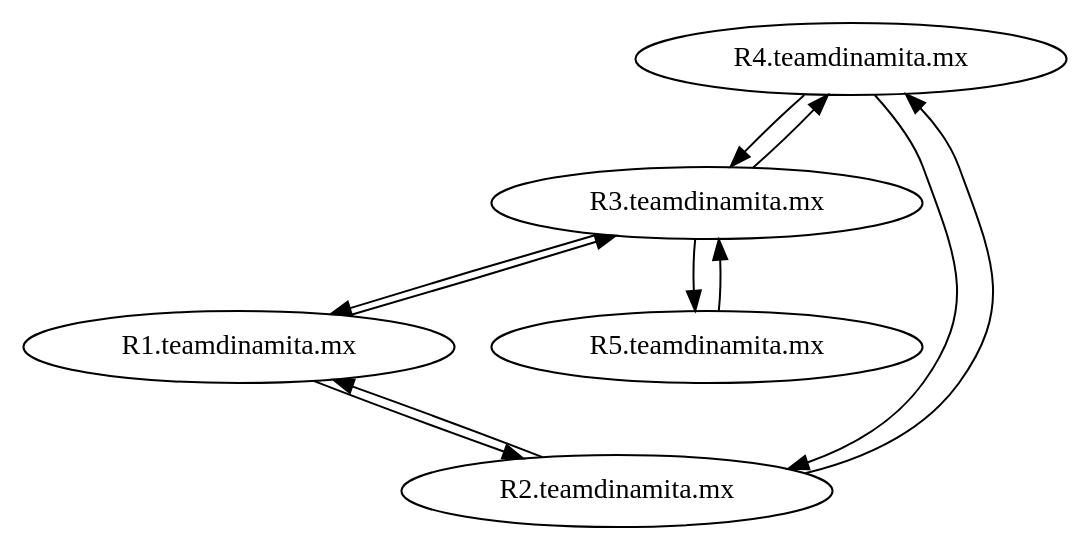
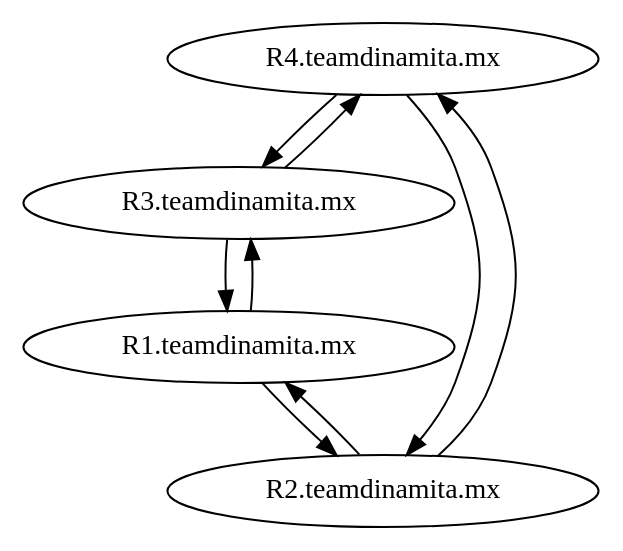
Before and after one commit to yasmon25/PROYECTO-REDES: the diagram in static/Digraph.gv, drawn with Graphviz. The commit also changed 9 other files, not shown here.

```diff
--- a/static/Digraph.gv
+++ b/static/Digraph.gv
@@ -1,18 +1,15 @@
 // Network
 digraph {
 	"R4.teamdinamita.mx"
 	"R4.teamdinamita.mx" -> "R3.teamdinamita.mx"
 	"R4.teamdinamita.mx" -> "R2.teamdinamita.mx"
 	"R3.teamdinamita.mx"
 	"R3.teamdinamita.mx" -> "R1.teamdinamita.mx"
-	"R3.teamdinamita.mx" -> "R5.teamdinamita.mx"
 	"R3.teamdinamita.mx" -> "R4.teamdinamita.mx"
 	"R2.teamdinamita.mx"
 	"R2.teamdinamita.mx" -> "R1.teamdinamita.mx"
 	"R2.teamdinamita.mx" -> "R4.teamdinamita.mx"
 	"R1.teamdinamita.mx"
 	"R1.teamdinamita.mx" -> "R3.teamdinamita.mx"
 	"R1.teamdinamita.mx" -> "R2.teamdinamita.mx"
-	"R5.teamdinamita.mx"
-	"R5.teamdinamita.mx" -> "R3.teamdinamita.mx"
 }
```
